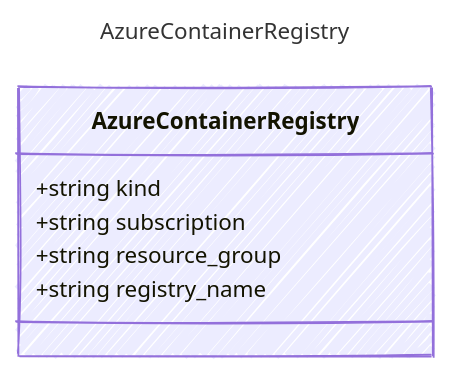
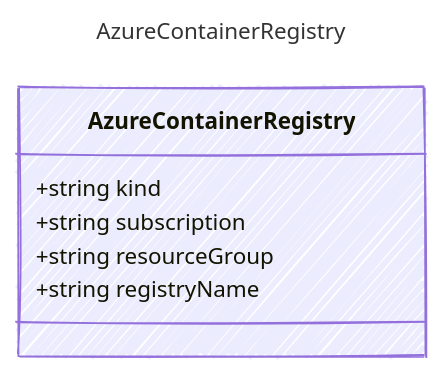
One commit to microsoft/prompty changed the diagram in specification/prompty/docs/AzureContainerRegistry.md. Above: the diagram before and after it, drawn with Mermaid. The commit also changed other lines of this file and 14 other files, not shown here.

````diff
--- a/specification/prompty/docs/AzureContainerRegistry.md
+++ b/specification/prompty/docs/AzureContainerRegistry.md
@@ -5,18 +5,18 @@
 ```mermaid
 ---
 title: AzureContainerRegistry
 config:
   look: handDrawn
   theme: colorful
   class:
     hideEmptyMembersBox: true
 ---
 classDiagram
     class AzureContainerRegistry {
       
         +string kind
         +string subscription
-        +string resource_group
-        +string registry_name
+        +string resourceGroup
+        +string registryName
     }
 ```
````
